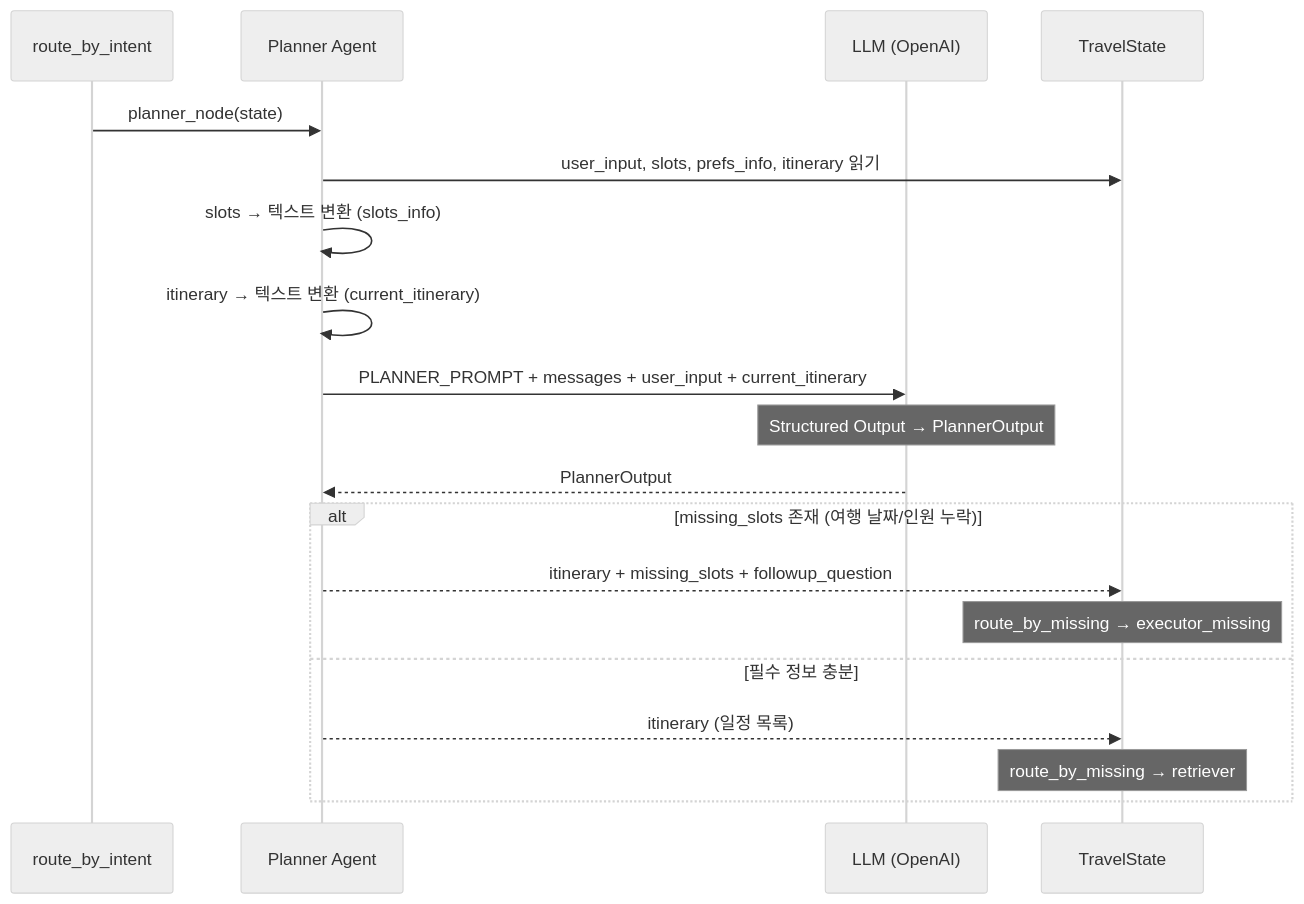
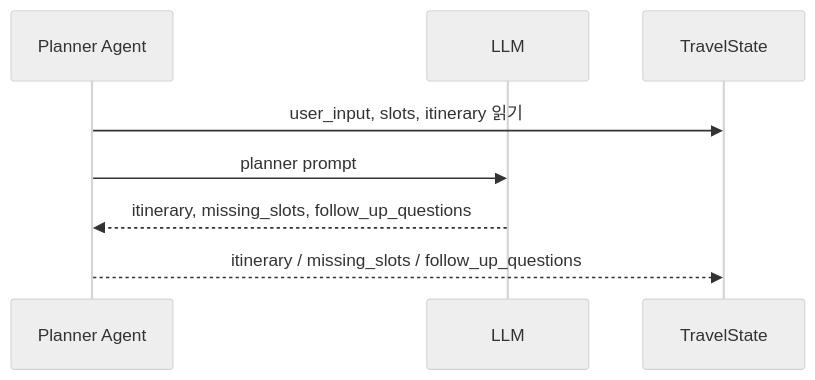
One commit to SKNETWORKS-FAMILY-AICAMP/SKN21-FINAL-2Team changed the fourth of 9 diagrams in docs/agent_sequence_diagrams.md. Above: the diagram before and after it, drawn with Mermaid (neutral theme). The commit also changed other lines of this file and 6 other files, not shown here.

````diff
--- a/docs/agent_sequence_diagrams.md
+++ b/docs/agent_sequence_diagrams.md
@@ -202,23 +167,11 @@
 ```mermaid
 sequenceDiagram
-    participant Router as route_by_intent
     participant Planner as Planner Agent
-    participant LLM as LLM (OpenAI)
+    participant LLM as LLM
     participant State as TravelState
 
-    Router->>Planner: planner_node(state)
-    Planner->>State: user_input, slots, prefs_info, itinerary 읽기
-    Planner->>Planner: slots → 텍스트 변환 (slots_info)
-    Planner->>Planner: itinerary → 텍스트 변환 (current_itinerary)
-    Planner->>LLM: PLANNER_PROMPT + messages + user_input + current_itinerary
-    Note over LLM: Structured Output → PlannerOutput
-    LLM-->>Planner: PlannerOutput
-
-    alt missing_slots 존재 (여행 날짜/인원 누락)
-        Planner-->>State: itinerary + missing_slots + followup_question
-        Note over State: route_by_missing → executor_missing
-    else 필수 정보 충분
-        Planner-->>State: itinerary (일정 목록)
-        Note over State: route_by_missing → retriever
-    end
+    Planner->>State: user_input, slots, itinerary 읽기
+    Planner->>LLM: planner prompt
+    LLM-->>Planner: itinerary, missing_slots, follow_up_questions
+    Planner-->>State: itinerary / missing_slots / follow_up_questions
 ```
````
